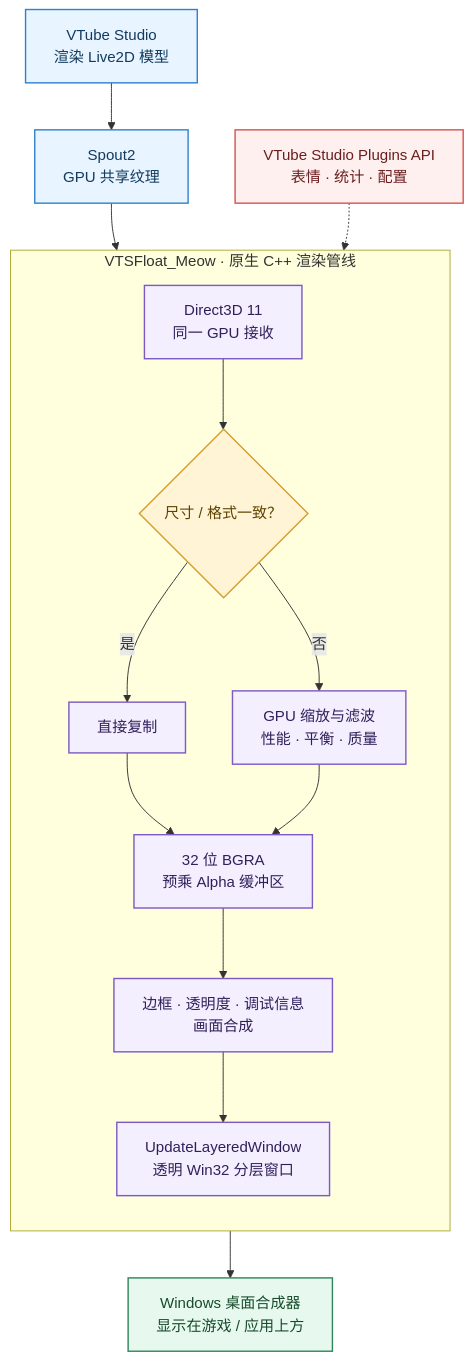
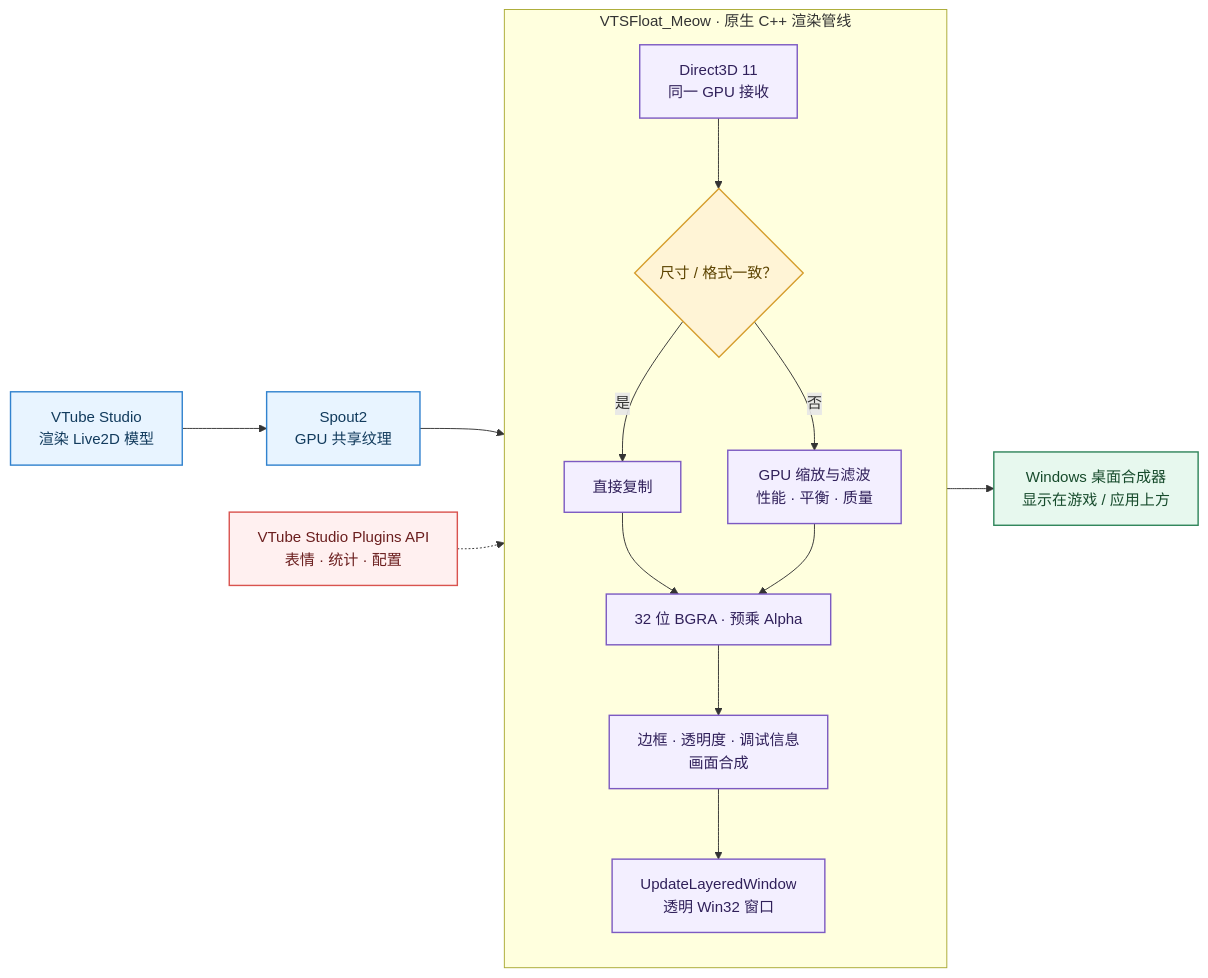
The diagram in README.md (fushoufish/VTSFloat_Meow), drawn with Mermaid before and after one commit.

Commit message:
compact README architecture diagram

````diff
--- a/README.md
+++ b/README.md
@@ -29,30 +29,30 @@
 ```mermaid
-flowchart TB
+flowchart LR
     VTS["VTube Studio<br/>渲染 Live2D 模型"] --> SPOUT["Spout2<br/>GPU 共享纹理"]
 
     subgraph PIPE["VTSFloat_Meow · 原生 C++ 渲染管线"]
         direction TB
         GPU["Direct3D 11<br/>同一 GPU 接收"] --> CHECK{"尺寸 / 格式一致？"}
         CHECK -->|是| COPY["直接复制"]
         CHECK -->|否| SCALE["GPU 缩放与滤波<br/>性能 · 平衡 · 质量"]
-        COPY --> BGRA["32 位 BGRA<br/>预乘 Alpha 缓冲区"]
+        COPY --> BGRA["32 位 BGRA · 预乘 Alpha"]
         SCALE --> BGRA
         BGRA --> COMPOSE["边框 · 透明度 · 调试信息<br/>画面合成"]
-        COMPOSE --> WINDOW["UpdateLayeredWindow<br/>透明 Win32 分层窗口"]
+        COMPOSE --> WINDOW["UpdateLayeredWindow<br/>透明 Win32 窗口"]
     end
 
     SPOUT --> GPU
     WINDOW --> DESKTOP["Windows 桌面合成器<br/>显示在游戏 / 应用上方"]
     API["VTube Studio Plugins API<br/>表情 · 统计 · 配置"] -.-> COMPOSE
 
     classDef source fill:#e8f4ff,stroke:#3182ce,color:#123b5d,stroke-width:1.5px;
     classDef pipeline fill:#f3efff,stroke:#7c5ac2,color:#30205a,stroke-width:1.5px;
     classDef decision fill:#fff4d6,stroke:#d69e2e,color:#5c4300,stroke-width:1.5px;
     classDef output fill:#e7f8ee,stroke:#2f855a,color:#174b2c,stroke-width:1.5px;
     classDef api fill:#fff0f0,stroke:#d9534f,color:#6b1e1e,stroke-width:1.5px;
     class VTS,SPOUT source;
     class GPU,COPY,SCALE,BGRA,COMPOSE,WINDOW pipeline;
     class CHECK decision;
     class DESKTOP output;
     class API api;
 ```
````
